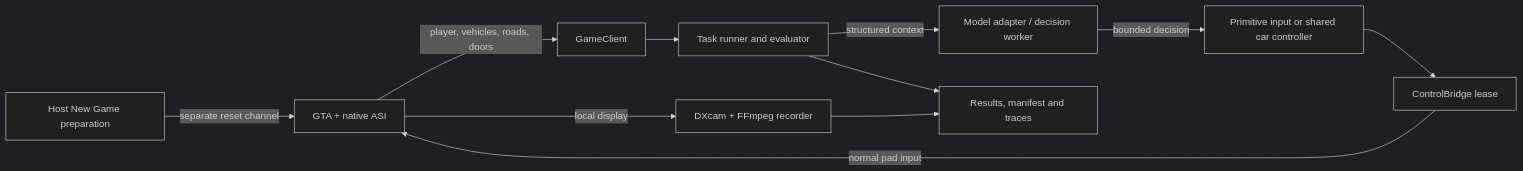
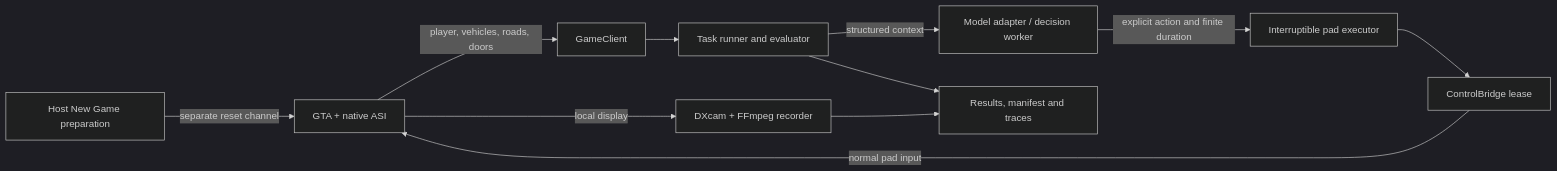
One commit to AMMIROSOH/gta-benchmark changed the diagram in docs/architecture.md. Above: the diagram before and after it, drawn with Mermaid (dark theme). The commit also changed other lines of this file and 56 other files, not shown here.

````diff
--- a/docs/architecture.md
+++ b/docs/architecture.md
@@ -8,13 +8,13 @@
 ```mermaid
 flowchart LR
     G[GTA + native ASI] -->|player, vehicles, roads, doors| S[GameClient]
     S --> R[Task runner and evaluator]
     R -->|structured context| A[Model adapter / decision worker]
-    A -->|bounded decision| C[Primitive input or shared car controller]
+    A -->|explicit action and finite duration| C[Interruptible pad executor]
     C --> B[ControlBridge lease]
     B -->|normal pad input| G
     R --> O[Results, manifest and traces]
     G -->|local display| V[DXcam + FFmpeg recorder]
     V --> O
     P[Host New Game preparation] -->|separate reset channel| G
 ```
````
